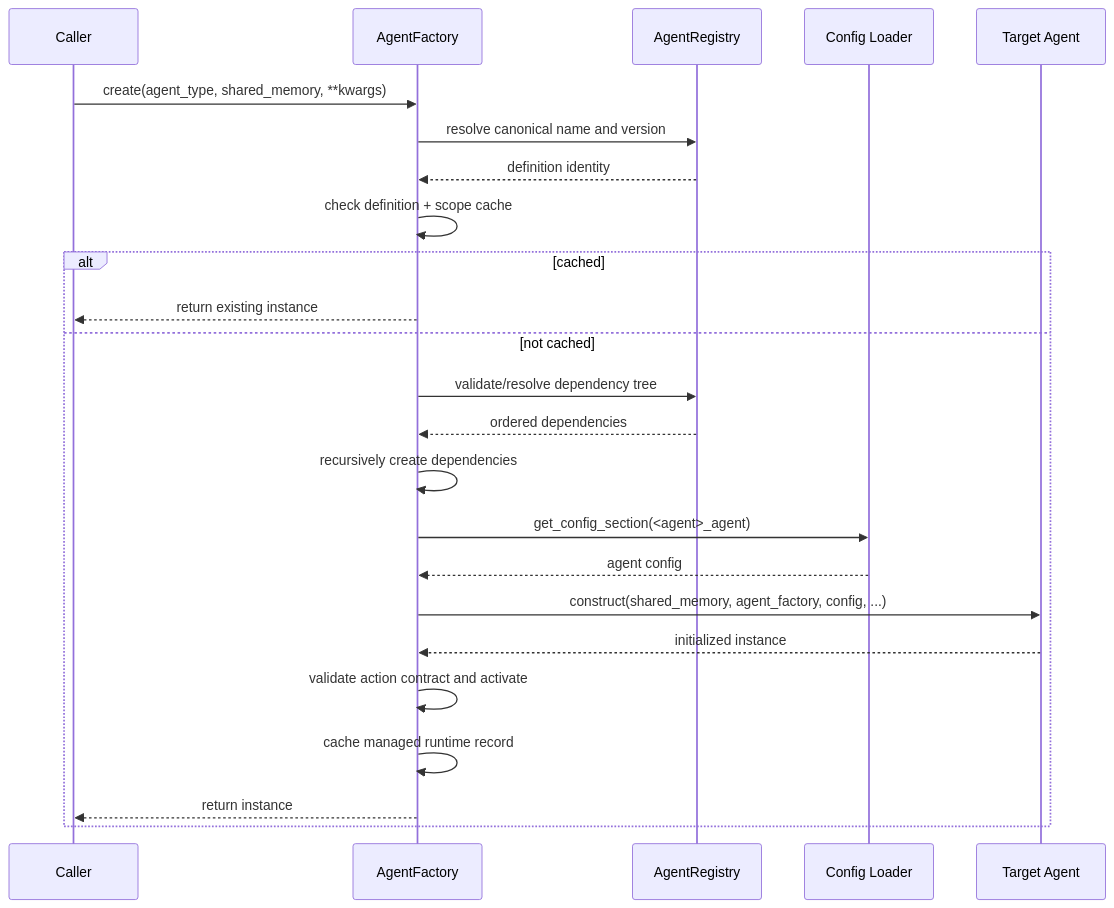
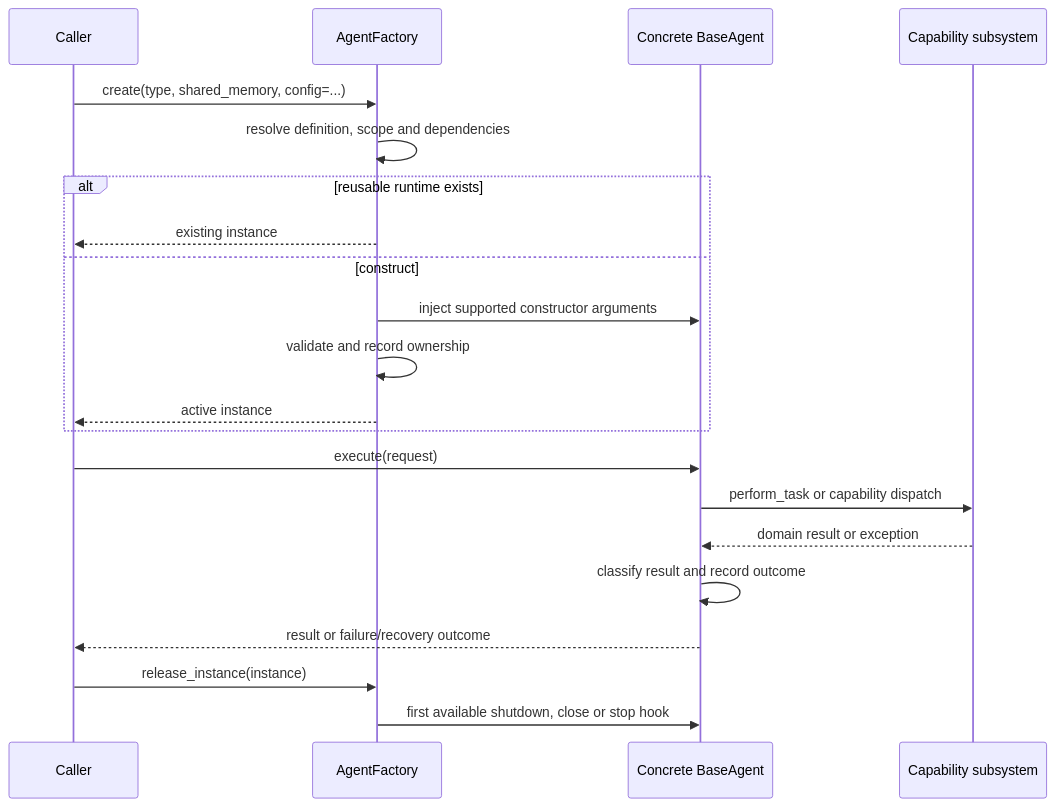
Before and after one commit to The-Outsider-97/SLAI: the second of 2 diagrams in src/agents/README.md, drawn with Mermaid. The commit also changed other lines of this file, not shown here.

````diff
--- a/src/agents/README.md
+++ b/src/agents/README.md
@@ -145,27 +91,23 @@
 ```mermaid
 sequenceDiagram
     participant Caller
     participant Factory as AgentFactory
-    participant Registry as AgentRegistry
-    participant Config as Config Loader
-    participant Agent as Target Agent
-
-    Caller->>Factory: create(agent_type, shared_memory, **kwargs)
-    Factory->>Registry: resolve canonical name and version
-    Registry-->>Factory: definition identity
-    Factory->>Factory: check definition + scope cache
-    alt cached
-        Factory-->>Caller: return existing instance
-    else not cached
-        Factory->>Registry: validate/resolve dependency tree
-        Registry-->>Factory: ordered dependencies
-        Factory->>Factory: recursively create dependencies
-        Factory->>Config: get_config_section(<agent>_agent)
-        Config-->>Factory: agent config
-        Factory->>Agent: construct(shared_memory, agent_factory, config, ...)
-        Agent-->>Factory: initialized instance
-        Factory->>Factory: validate action contract and activate
-        Factory->>Factory: cache managed runtime record
-        Factory-->>Caller: return instance
+    participant Agent as Concrete BaseAgent
+    participant Domain as Capability subsystem
+    Caller->>Factory: create(type, shared_memory, config=...)
+    Factory->>Factory: resolve definition, scope and dependencies
+    alt reusable runtime exists
+        Factory-->>Caller: existing instance
+    else construct
+        Factory->>Agent: inject supported constructor arguments
+        Factory->>Factory: validate and record ownership
+        Factory-->>Caller: active instance
     end
+    Caller->>Agent: execute(request)
+    Agent->>Domain: perform_task or capability dispatch
+    Domain-->>Agent: domain result or exception
+    Agent->>Agent: classify result and record outcome
+    Agent-->>Caller: result or failure/recovery outcome
+    Caller->>Factory: release_instance(instance)
+    Factory->>Agent: first available shutdown, close or stop hook
 ```
````
